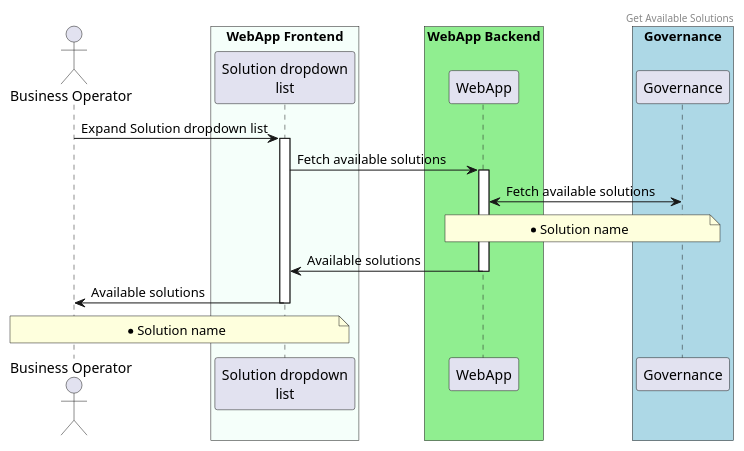
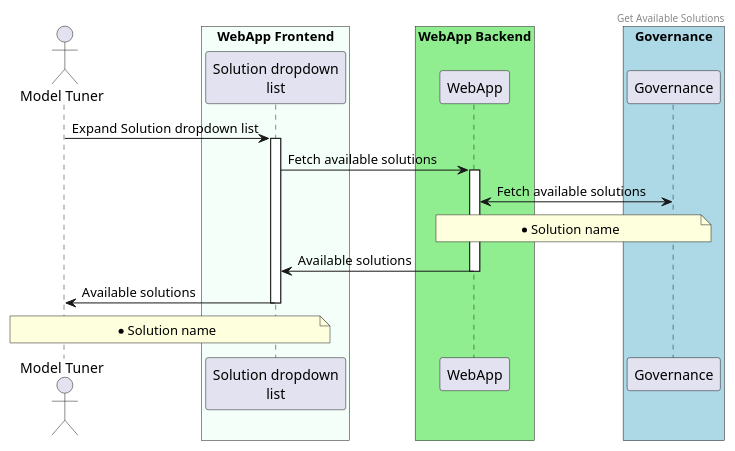
Before and after one commit to ngraczykowski/iris-root: the diagram in modules/webapp/sens-webapp-documentation/src/docs/asciidoc/hld/2020-07-10_hinted-solution.adoc, drawn with PlantUML. The commit also changed other lines of this file and 55 other files, not shown here.

```diff
--- a/modules/webapp/sens-webapp-documentation/src/docs/asciidoc/hld/2020-07-10_hinted-solution.adoc
+++ b/modules/webapp/sens-webapp-documentation/src/docs/asciidoc/hld/2020-07-10_hinted-solution.adoc
@@ -6,41 +6,41 @@
 [plantuml,bo-selects-solution,svg]
 -----
 @startuml
 header Get Available Solutions
 
-actor BO as "Business Operator"
+actor BO as "Model Tuner"
 
 box "WebApp Frontend" #MintCream
     participant Frontend as "Solution dropdown\nlist"
 end box
 
 box "WebApp Backend" #LightGreen
     participant Backend as "WebApp"
 end box
 
 box "Governance" #LightBlue
     participant G as "Governance"
 end box
 
 BO -> Frontend : Expand Solution dropdown list
 
 activate Frontend
 Frontend -> Backend : Fetch available solutions
 
 activate Backend
 Backend <-> G : Fetch available solutions
 note over Backend, G
     * Solution name
 end note
 
 Backend -> Frontend : Available solutions
 deactivate Backend
 
 Frontend -> BO: Available solutions
 deactivate Frontend
 note over Frontend, BO
     * Solution name
 end note
 
 @enduml
 -----
```
